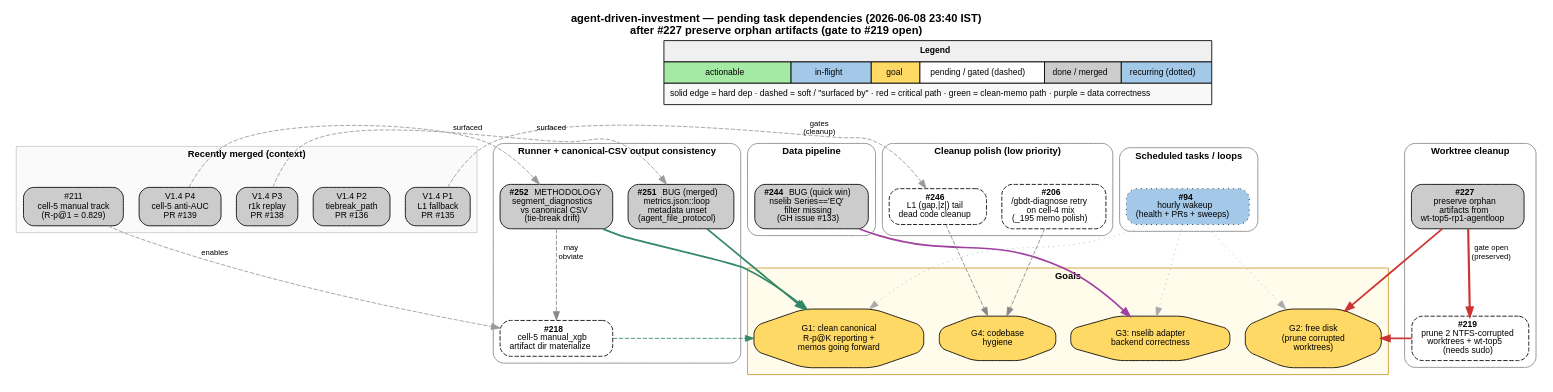
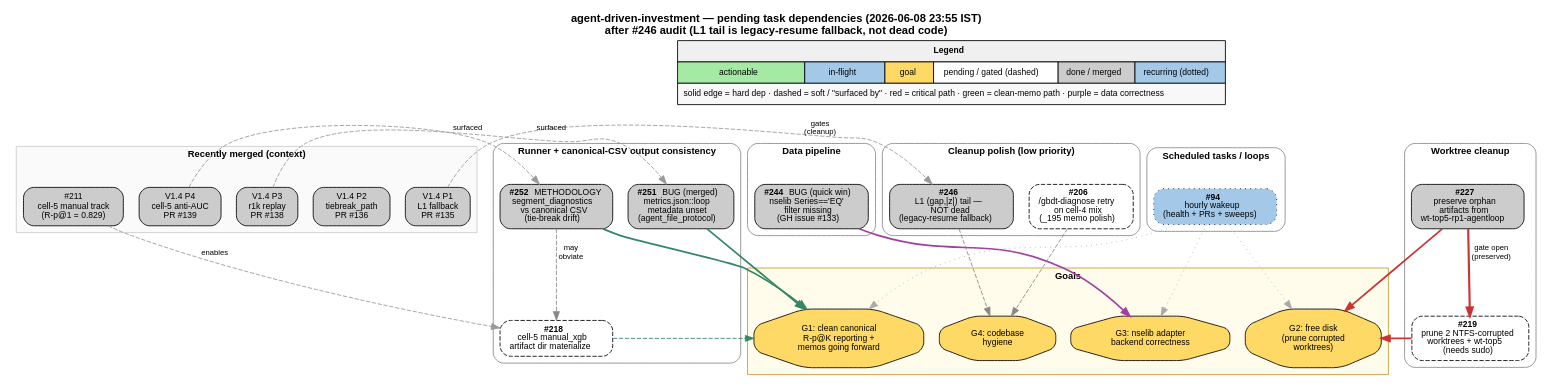
The diagram in docs/task_dependencies.dot (shayanrc/agent-driven-investment), drawn with Graphviz before and after one commit. The commit also changed 3 other files, not shown here.

First line of the commit message:
gbdt fs_hp_loop — document classic L1 tail is NOT dead post-V1.4 P1 (#246)

```diff
--- a/docs/task_dependencies.dot
+++ b/docs/task_dependencies.dot
@@ -1,153 +1,153 @@
 digraph tasks {
   rankdir=TB;
   fontname="Helvetica";
   bgcolor="white";
   node [fontname="Helvetica", fontsize=10, shape=box, style="rounded,filled", margin="0.15,0.08"];
   edge [fontname="Helvetica", fontsize=9];
-  graph [labelloc="t", label="agent-driven-investment — pending task dependencies (2026-06-08 23:40 IST)\nafter #227 preserve orphan artifacts (gate to #219 open)", fontsize=13, fontname="Helvetica-Bold"];
+  graph [labelloc="t", label="agent-driven-investment — pending task dependencies (2026-06-08 23:55 IST)\nafter #246 audit (L1 tail is legacy-resume fallback, not dead code)", fontsize=13, fontname="Helvetica-Bold"];
 
   // Legend in isolated top rank
   {
     rank=source;
     legend [shape=none, margin=0, label=<
       <TABLE BORDER="0" CELLBORDER="1" CELLSPACING="0" CELLPADDING="6">
         <TR><TD COLSPAN="6" BGCOLOR="#f0f0f0"><B>Legend</B></TD></TR>
         <TR>
           <TD BGCOLOR="#a4e9a4">actionable</TD>
           <TD BGCOLOR="#a3c8e8">in-flight</TD>
           <TD BGCOLOR="#ffd966">goal</TD>
           <TD BGCOLOR="#ffffff">pending / gated (dashed)</TD>
           <TD BGCOLOR="#cccccc">done / merged</TD>
           <TD BGCOLOR="#a3c8e8">recurring (dotted)</TD>
         </TR>
         <TR><TD COLSPAN="6" BGCOLOR="#f8f8f8">solid edge = hard dep · dashed = soft / "surfaced by" · red = critical path · green = clean-memo path · purple = data correctness</TD></TR>
       </TABLE>
     >];
   }
 
   // Done cluster
   subgraph cluster_done {
     label = "Recently merged (context)";
     style = "filled";
     fillcolor = "#fafafa";
     color = "#cccccc";
     fontname = "Helvetica-Bold";
     fontsize = 11;
 
     v14p1 [label="V1.4 P1\nL1 fallback\nPR #135", fillcolor="#cccccc"];
     v14p2 [label="V1.4 P2\ntiebreak_path\nPR #136", fillcolor="#cccccc"];
     v14p3 [label="V1.4 P3\nr1k replay\nPR #138", fillcolor="#cccccc"];
     v14p4 [label="V1.4 P4\ncell-5 anti-AUC\nPR #139", fillcolor="#cccccc"];
     cell5_manual [label="#211\ncell-5 manual track\n(R-p@1 = 0.829)", fillcolor="#cccccc"];
   }
 
   // Runner / methodology cluster
   subgraph cluster_runner {
     label = "Runner + canonical-CSV output consistency";
     style = "rounded";
     color = "#888888";
     fontname = "Helvetica-Bold";
     fontsize = 11;
 
     t251 [label=<<B>#251</B> BUG (merged)<BR/>metrics.json::loop<BR/>metadata unset<BR/>(agent_file_protocol)>, fillcolor="#cccccc"];
     t252 [label=<<B>#252</B> METHODOLOGY<BR/>segment_diagnostics<BR/>vs canonical CSV<BR/>(tie-break drift)>, fillcolor="#cccccc"];
     t218 [label=<<B>#218</B><BR/>cell-5 manual_xgb<BR/>artifact dir materialize>, fillcolor="#ffffff", style="rounded,filled,dashed"];
   }
 
   // Data pipeline
   subgraph cluster_data {
     label = "Data pipeline";
     style = "rounded";
     color = "#888888";
     fontname = "Helvetica-Bold";
     fontsize = 11;
 
     t244 [label=<<B>#244</B> BUG (quick win)<BR/>nselib Series=='EQ'<BR/>filter missing<BR/>(GH issue #133)>, fillcolor="#cccccc"];
   }
 
   // Worktree cleanup cluster
   subgraph cluster_worktree {
     label = "Worktree cleanup";
     style = "rounded";
     color = "#888888";
     fontname = "Helvetica-Bold";
     fontsize = 11;
 
     t227 [label=<<B>#227</B><BR/>preserve orphan<BR/>artifacts from<BR/>wt-top5-rp1-agentloop>, fillcolor="#cccccc"];
     t219 [label=<<B>#219</B><BR/>prune 2 NTFS-corrupted<BR/>worktrees + wt-top5<BR/>(needs sudo)>, fillcolor="#ffffff", style="rounded,filled,dashed"];
   }
 
   // Cleanup polish
   subgraph cluster_cleanup {
     label = "Cleanup polish (low priority)";
     style = "rounded";
     color = "#888888";
     fontname = "Helvetica-Bold";
     fontsize = 11;
 
-    t246 [label=<<B>#246</B><BR/>L1 (gap,|z|) tail<BR/>dead code cleanup>, fillcolor="#ffffff", style="rounded,filled,dashed"];
+    t246 [label=<<B>#246</B><BR/>L1 (gap,|z|) tail —<BR/>NOT dead<BR/>(legacy-resume fallback)>, fillcolor="#cccccc"];
     t206 [label=<<B>#206</B><BR/>/gbdt-diagnose retry<BR/>on cell-4 mix<BR/>(_195 memo polish)>, fillcolor="#ffffff", style="rounded,filled,dashed"];
   }
 
   // Scheduled / recurring
   subgraph cluster_recurring {
     label = "Scheduled tasks / loops";
     style = "rounded";
     color = "#888888";
     fontname = "Helvetica-Bold";
     fontsize = 11;
 
     t94 [label=<<B>#94</B><BR/>hourly wakeup<BR/>(health + PRs + sweeps)>, fillcolor="#a3c8e8", style="rounded,filled,dotted"];
   }
 
   // Goals
   subgraph cluster_goals {
     label = "Goals";
     style = "filled";
     fillcolor = "#fffcec";
     color = "#cc9933";
     fontname = "Helvetica-Bold";
     fontsize = 11;
 
     g1 [label="G1: clean canonical\nR-p@K reporting +\nmemos going forward", fillcolor="#ffd966", shape=octagon];
     g2 [label="G2: free disk\n(prune corrupted\nworktrees)", fillcolor="#ffd966", shape=octagon];
     g3 [label="G3: nselib adapter\nbackend correctness", fillcolor="#ffd966", shape=octagon];
     g4 [label="G4: codebase\nhygiene", fillcolor="#ffd966", shape=octagon];
   }
 
   // Invisible anchor edges (legend → cluster tops)
   legend -> v14p1 [style="invis", weight=100];
   legend -> t251 [style="invis", weight=100];
   legend -> t244 [style="invis", weight=100];
   legend -> t227 [style="invis", weight=100];
   legend -> t246 [style="invis", weight=100];
   legend -> t94 [style="invis", weight=100];
   legend -> g1 [style="invis", weight=100];
 
   // Done → pending: "surfaced by" / "gates" edges
   v14p3 -> t251 [style="dashed", color="#999999", label="surfaced"];
   v14p4 -> t252 [style="dashed", color="#999999", label="surfaced"];
   v14p1 -> t246 [style="dashed", color="#999999", label="gates\n(cleanup)"];
   cell5_manual -> t218 [style="dashed", color="#999999", label="enables"];
 
   // Hard deps within pending
   t227 -> t219 [color="#cc3333", penwidth=2.5, label="gate open\n(preserved)"];
 
   // Soft deps: #252 may obviate #218
   t252 -> t218 [style="dashed", color="#888888", label="may\nobviate"];
 
   // Pending → goals (colored per workstream)
   t251 -> g1 [color="#338866", penwidth=2];
   t252 -> g1 [color="#338866", penwidth=2];
   t218 -> g1 [style="dashed", color="#338866"];
   t227 -> g2 [color="#cc3333", penwidth=2];
   t219 -> g2 [color="#cc3333", penwidth=2];
   t244 -> g3 [color="#a040a0", penwidth=2];
   t246 -> g4 [style="dashed", color="#888888"];
   t206 -> g4 [style="dashed", color="#888888"];
 
   // Recurring task supervises (dotted)
   t94 -> g1 [style="dotted", color="#aaaaaa"];
   t94 -> g2 [style="dotted", color="#aaaaaa"];
   t94 -> g3 [style="dotted", color="#aaaaaa"];
 }
```
